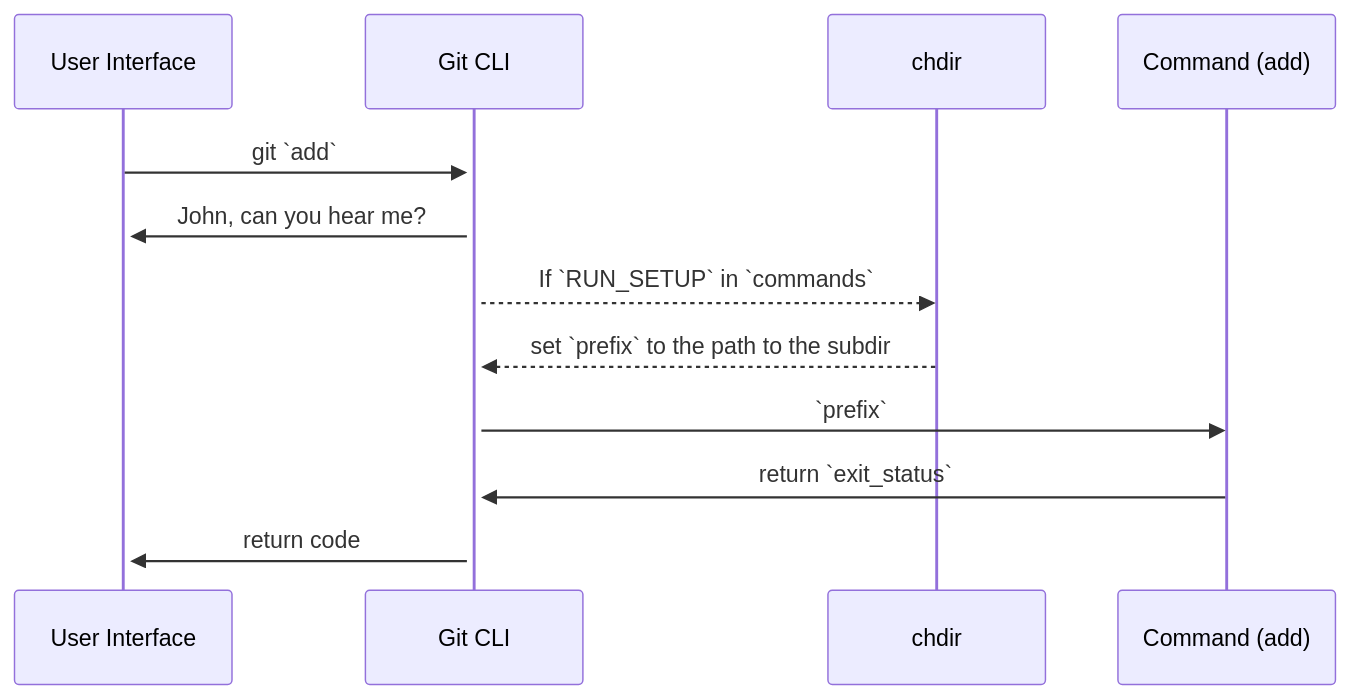
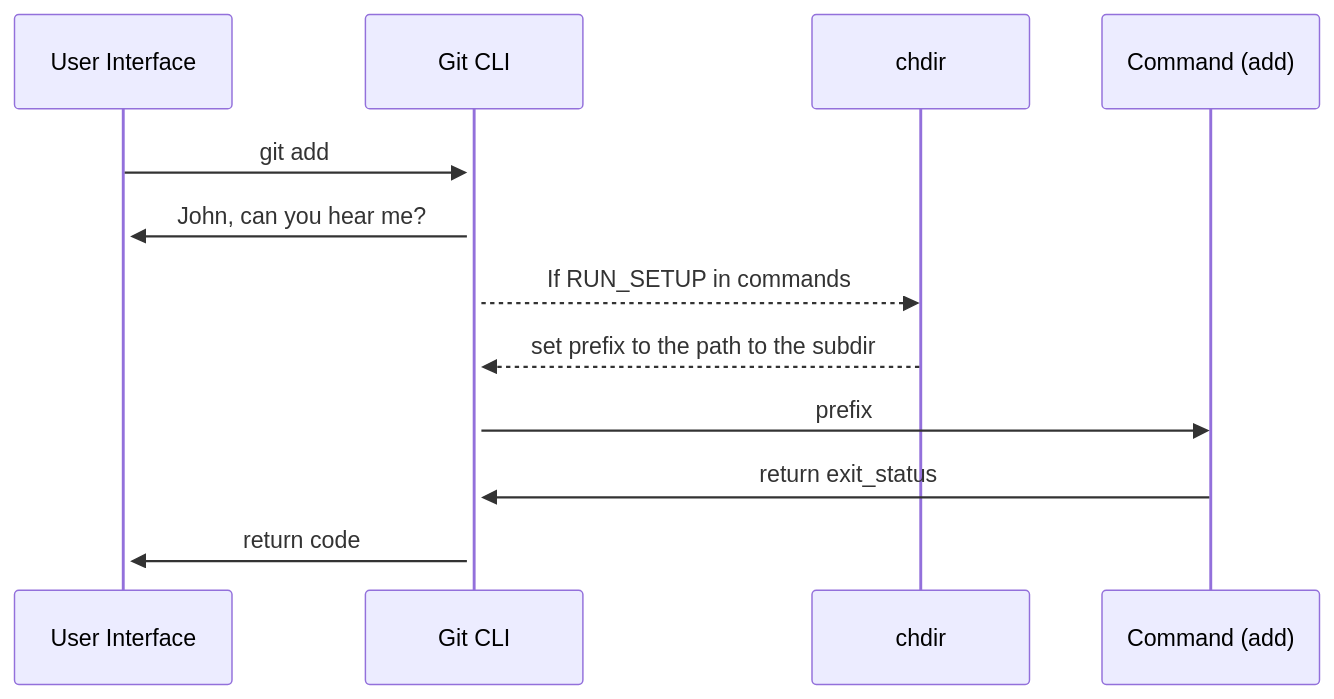
One commit to swimmio/git-src-playground changed the diagram in .swm/adding-a-command.JLzge.sw.md. Above: the diagram before and after it, drawn with Mermaid. The commit also changed other lines of this file, not shown here.

````diff
--- a/.swm/adding-a-command.JLzge.sw.md
+++ b/.swm/adding-a-command.JLzge.sw.md
@@ -137,10 +137,10 @@
 ```mermaid
 sequenceDiagram
-User Interface->>+Git CLI: git `add`
+User Interface->>+Git CLI: git add
 Git CLI->>+User Interface: John, can you hear me?
-Git CLI-->>chdir: If `RUN_SETUP` in `commands`
-chdir-->>Git CLI: set `prefix` to the path to the subdir
-Git CLI->>Command (add): `prefix`
-Command (add)->>Git CLI: return `exit_status`
+Git CLI-->>chdir: If RUN_SETUP in commands
+chdir-->>Git CLI: set prefix to the path to the subdir
+Git CLI->>Command (add): prefix
+Command (add)->>Git CLI: return exit_status
 Git CLI->>+User Interface: return code
 ```
````
